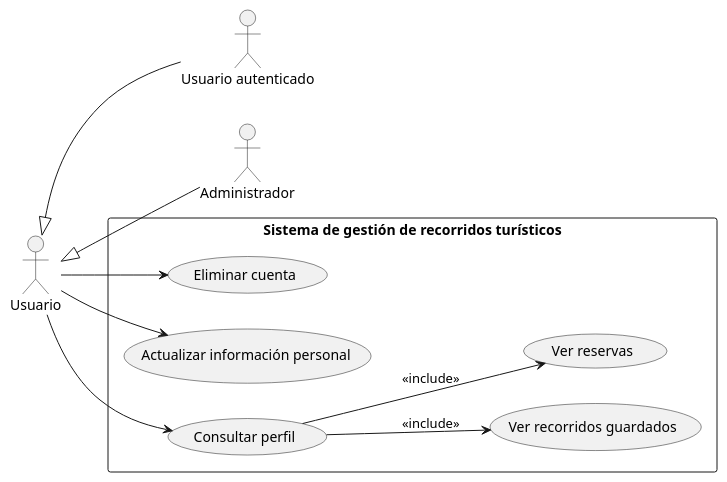
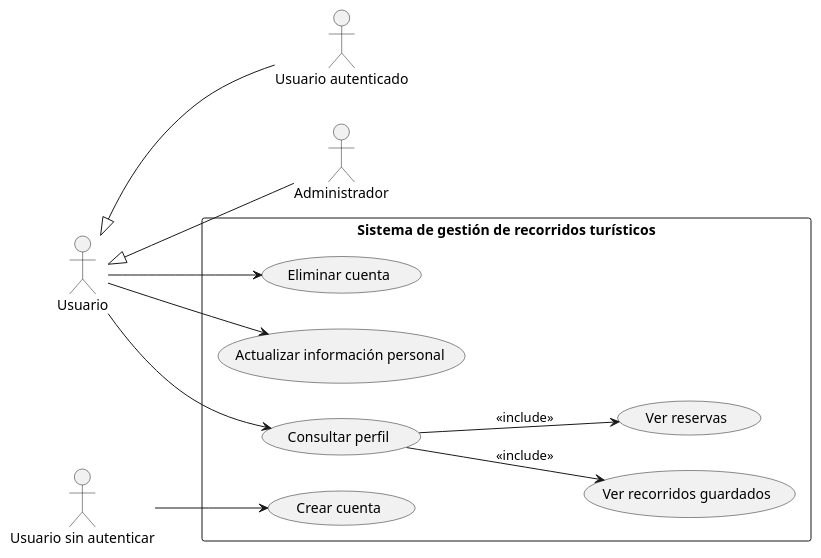
One commit to LauKnitIn/SISTEMA-GESTOR-DE-RECORRIDOS changed the diagram in diagramas_modulo_gestion_usuarios/casos-uso-modulo-gestion-usuarios/CU_Gestionar_usuarios.puml. Above: the diagram before and after it, drawn with PlantUML.

Commit message:
Se agregó el caso de uso "Crear cuenta"

```diff
--- a/diagramas_modulo_gestion_usuarios/casos-uso-modulo-gestion-usuarios/CU_Gestionar_usuarios.puml
+++ b/diagramas_modulo_gestion_usuarios/casos-uso-modulo-gestion-usuarios/CU_Gestionar_usuarios.puml
@@ -1,24 +1,27 @@
 @startuml
 left to right direction
 
 actor "Usuario autenticado" as authUser
 actor Administrador
+actor "Usuario sin autenticar" as NauthUser
 
 Usuario <|-- authUser
 Usuario <|-- Administrador
 
 rectangle "Sistema de gestión de recorridos turísticos" {
   usecase "Eliminar cuenta" as UC1
   usecase "Actualizar información personal" as UC2
   usecase "Consultar perfil" as UC3
   usecase "Ver recorridos guardados" as UC4
   usecase "Ver reservas" as UC5
+  usecase "Crear cuenta" as UC6
   
   UC3 --> UC4 : <<include>>
   UC3 --> UC5 : <<include>>
 }
 
 Usuario --> UC1
 Usuario --> UC2
 Usuario --> UC3
+NauthUser --> UC6
 @enduml
```
